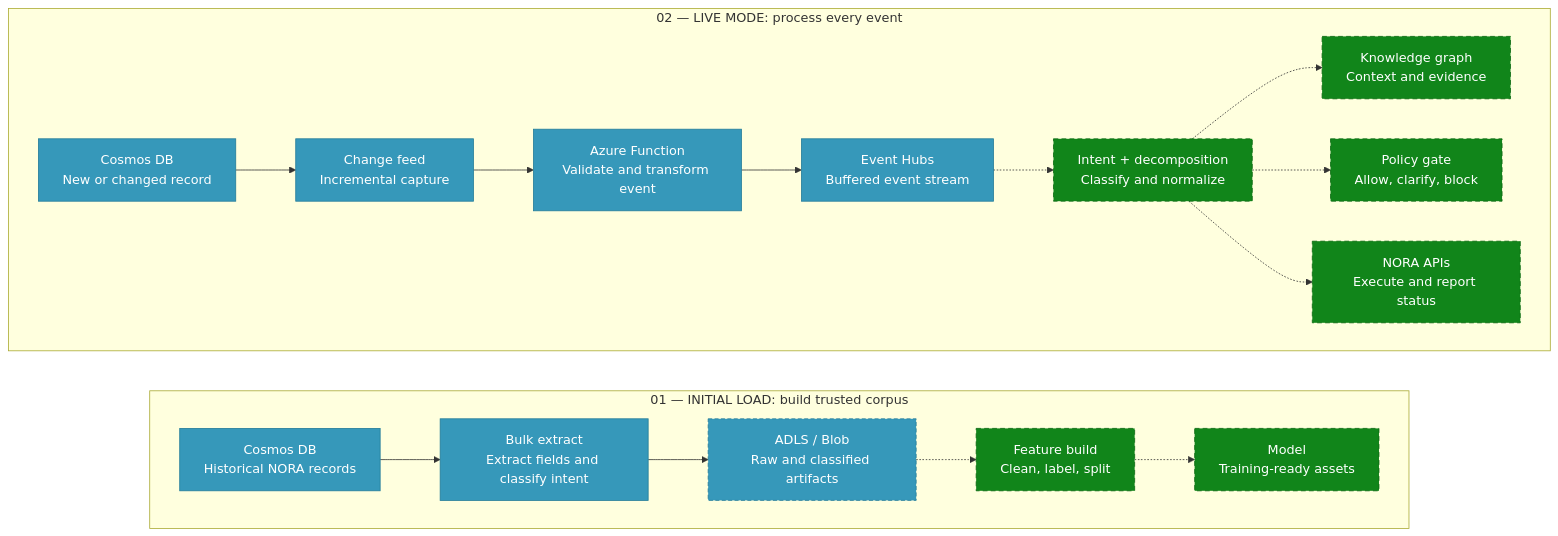
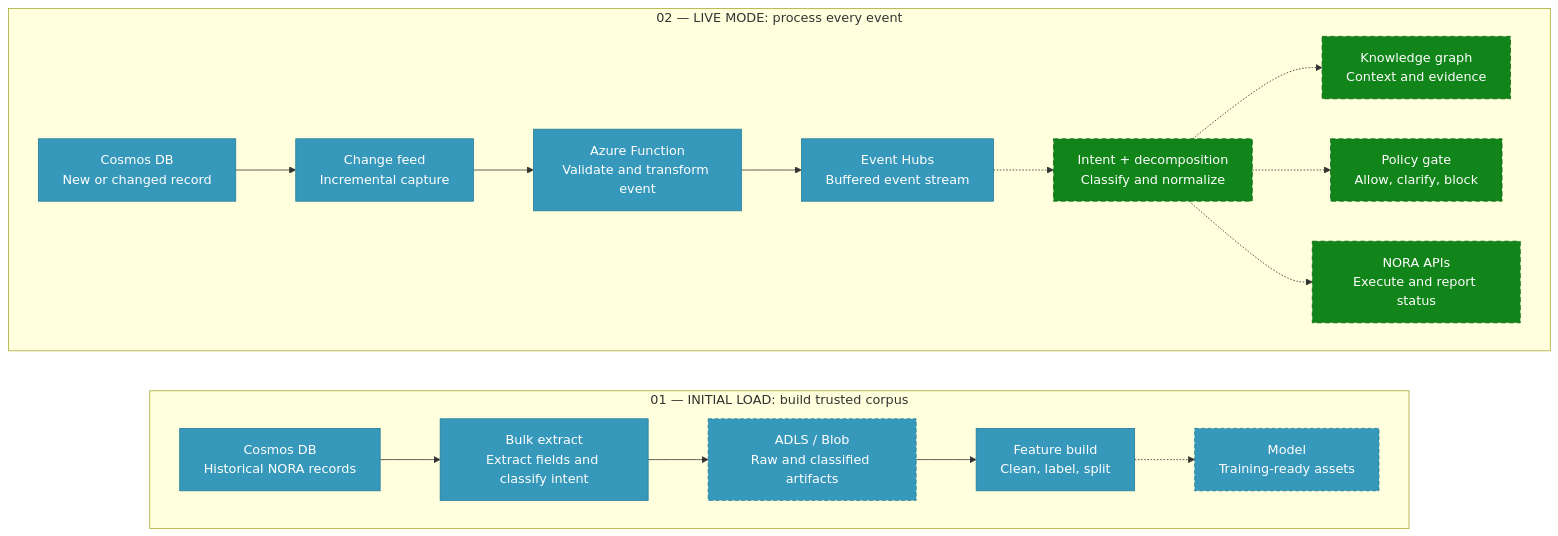
The diagram in docs/DESIGN.md (udaych20/telecom-ingestion-pipeline), drawn with Mermaid before and after one commit. The commit also changed other lines of this file and 7 other files, not shown here.

````diff
--- a/docs/DESIGN.md
+++ b/docs/DESIGN.md
@@ -29,28 +29,28 @@
 ```mermaid
 flowchart LR
     subgraph INITIAL["01 — INITIAL LOAD: build trusted corpus"]
         direction LR
         I_COSMOS["Cosmos DB<br/>Historical NORA records"] --> I_EXTRACT["Bulk extract<br/>Extract fields and classify intent"]
         I_EXTRACT --> I_ADLS["ADLS / Blob<br/>Raw and classified artifacts"]
-        I_ADLS -.-> I_FEATURES["Feature build<br/>Clean, label, split"]
+        I_ADLS --> I_FEATURES["Feature build<br/>Clean, label, split"]
         I_FEATURES -.-> I_MODEL["Model<br/>Training-ready assets"]
     end
 
     subgraph LIVE["02 — LIVE MODE: process every event"]
         direction LR
         L_COSMOS["Cosmos DB<br/>New or changed record"] --> L_FEED["Change feed<br/>Incremental capture"]
         L_FEED --> L_FUNCTION["Azure Function<br/>Validate and transform event"]
         L_FUNCTION --> L_HUB["Event Hubs<br/>Buffered event stream"]
         L_HUB -.-> L_INTENT["Intent + decomposition<br/>Classify and normalize"]
         L_INTENT -.-> L_KG["Knowledge graph<br/>Context and evidence"]
         L_INTENT -.-> L_POLICY["Policy gate<br/>Allow, clarify, block"]
         L_INTENT -.-> L_API["NORA APIs<br/>Execute and report status"]
     end
 
     classDef implemented fill:#3698ba,color:#fff,stroke:#247c99;
     classDef optional fill:#3698ba,color:#fff,stroke:#247c99,stroke-dasharray:5 3;
     classDef planned fill:#11851a,color:#fff,stroke:#096810,stroke-dasharray:6 4;
-    class I_COSMOS,I_EXTRACT,L_COSMOS,L_FEED,L_FUNCTION,L_HUB implemented;
-    class I_ADLS optional;
-    class I_FEATURES,I_MODEL,L_INTENT,L_KG,L_POLICY,L_API planned;
+    class I_COSMOS,I_EXTRACT,I_FEATURES,L_COSMOS,L_FEED,L_FUNCTION,L_HUB implemented;
+    class I_ADLS,I_MODEL optional;
+    class L_INTENT,L_KG,L_POLICY,L_API planned;
 ```
````
